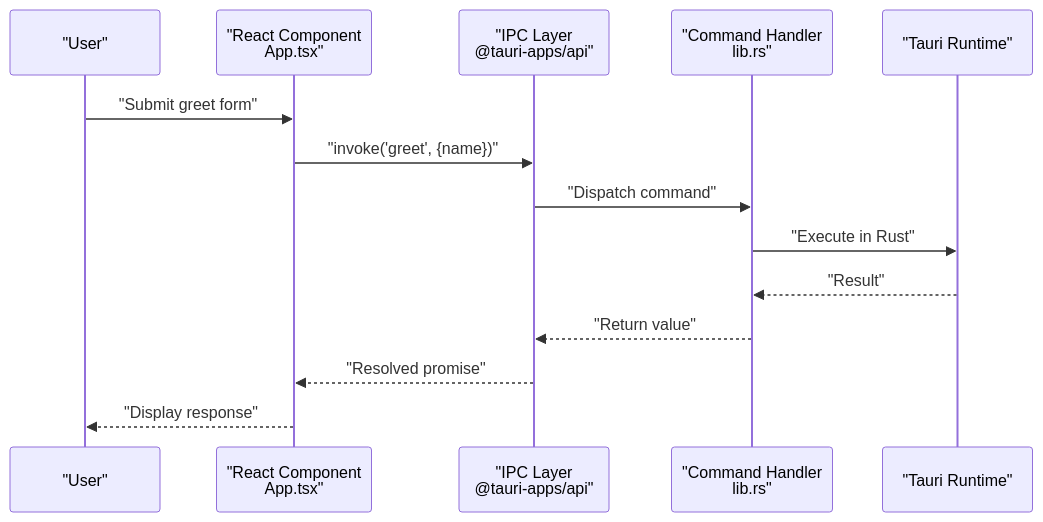
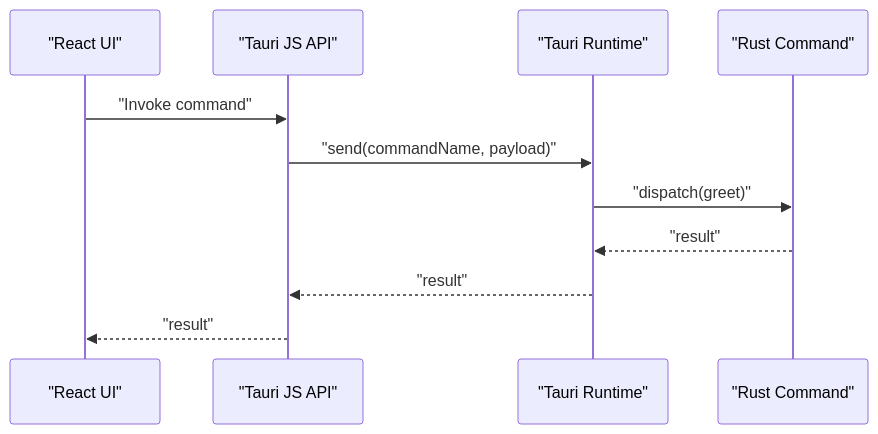
One commit to nasrulhadi/s3-explorer changed the third of 8 diagrams in .qoder/repowiki/en/content/Architecture Overview.md. Above: the diagram before and after it, drawn with Mermaid. The commit also changed other lines of this file and 46 other files, not shown here.

````diff
--- a/.qoder/repowiki/en/content/Architecture Overview.md
+++ b/.qoder/repowiki/en/content/Architecture Overview.md
@@ -137,16 +157,13 @@
 ```mermaid
 sequenceDiagram
-participant U as "User"
-participant R as "React Component<br/>App.tsx"
-participant I as "IPC Layer<br/>@tauri-apps/api"
-participant C as "Command Handler<br/>lib.rs"
+participant UI as "React UI"
+participant JS as "Tauri JS API"
 participant RT as "Tauri Runtime"
-U->>R : "Submit greet form"
-R->>I : "invoke('greet', {name})"
-I->>C : "Dispatch command"
-C->>RT : "Execute in Rust"
-RT-->>C : "Result"
-C-->>I : "Return value"
-I-->>R : "Resolved promise"
-R-->>U : "Display response"
+participant RS as "Rust Command"
+UI->>JS : "Invoke command"
+JS->>RT : "send(commandName, payload)"
+RT->>RS : "dispatch(greet)"
+RS-->>RT : "result"
+RT-->>JS : "result"
+JS-->>UI : "result"
 ```
````
